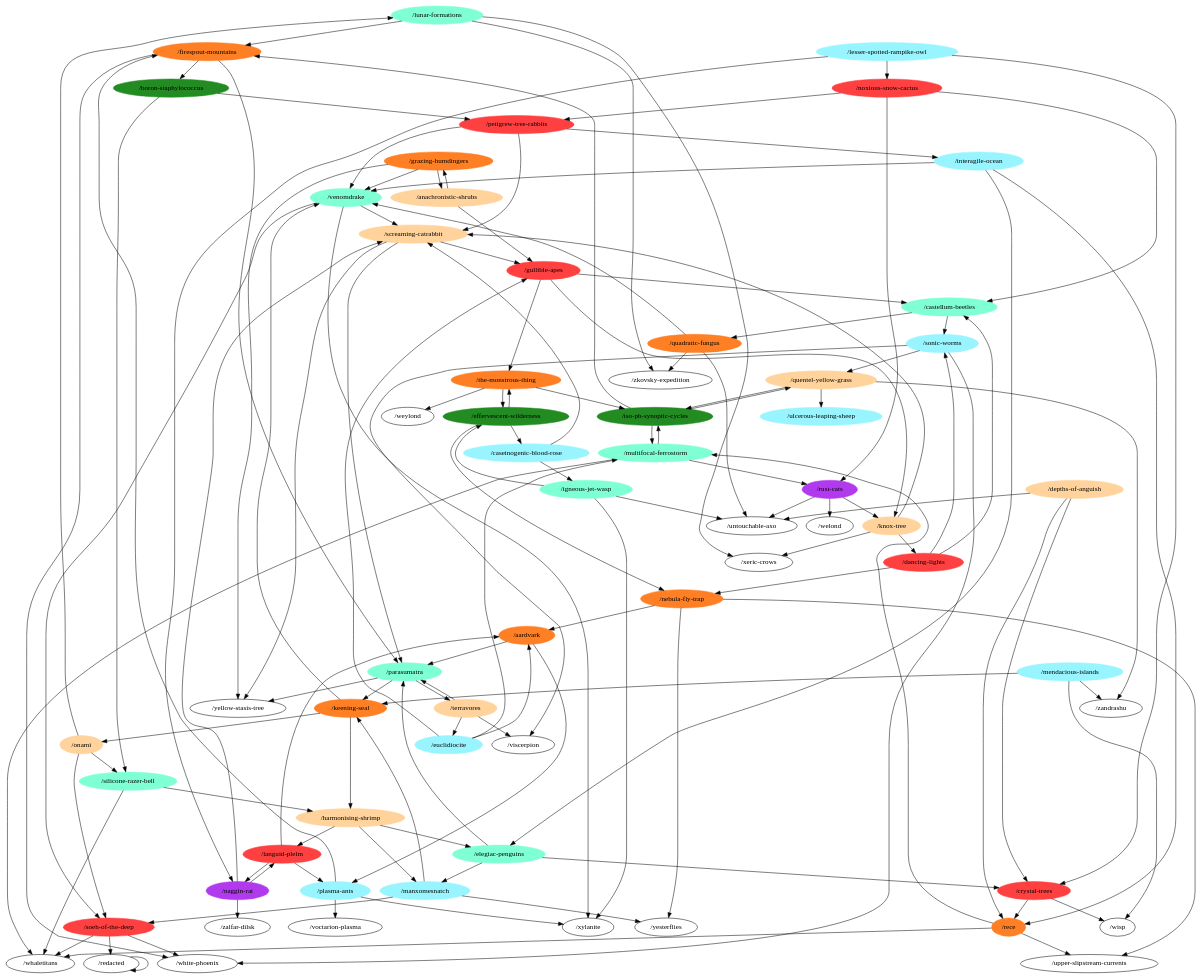
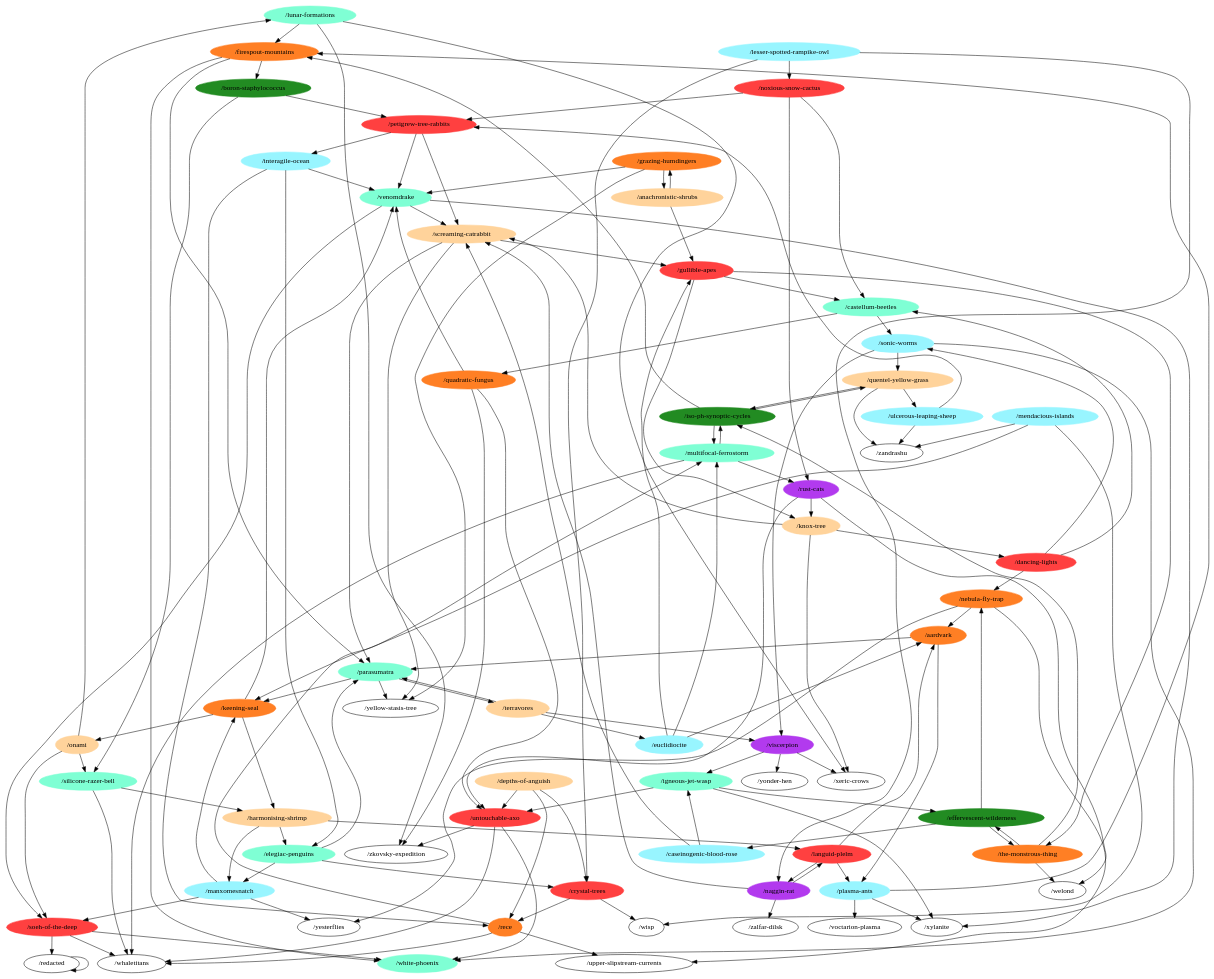
The diagram in general.dot (m-r-hunt/od117-walker), drawn with Graphviz before and after one commit. The commit also changed 3 other files, not shown here.

Commit message:
Update graphs.

```diff
--- a/general.dot
+++ b/general.dot
@@ -1,190 +1,198 @@
 digraph G {
 "/lunar-formations" [color=aquamarine,style=filled];
 "/naggin-rat" [color=darkorchid2,style=filled];
 "/iso-ph-synoptic-cycles" [color=forestgreen,style=filled];
 "/multifocal-ferrostorm" [color=aquamarine,style=filled];
 "/effervescent-wilderness" [color=forestgreen,style=filled];
 "/harmonising-shrimp" [color=burlywood1,style=filled];
 "/soeh-of-the-deep" [color=brown1,style=filled];
 "/boron-staphylococcus" [color=forestgreen,style=filled];
-"/untouchable-axo";
+"/untouchable-axo" [color=brown1,style=filled];
 "/castellum-beetles" [color=aquamarine,style=filled];
 "/upper-slipstream-currents";
 "/firespout-mountains" [color=chocolate1,style=filled];
 "/xeric-crows";
 "/zalfar-dilsk";
 "/nebula-fly-trap" [color=chocolate1,style=filled];
 "/igneous-jet-wasp" [color=aquamarine,style=filled];
 "/lesser-spotted-rampike-owl" [color=cadetblue1,style=filled];
 "/wisp";
+"/yonder-hen";
 "/venomdrake" [color=aquamarine,style=filled];
 "/petigrew-tree-rabbits" [color=brown1,style=filled];
 "/welond";
-"/weylond";
 "/quentel-yellow-grass" [color=burlywood1,style=filled];
 "/noxious-snow-cactus" [color=brown1,style=filled];
 "/grazing-humdingers" [color=chocolate1,style=filled];
-"/viscerpion";
+"/viscerpion" [color=darkorchid2,style=filled];
 "/mendacious-islands" [color=cadetblue1,style=filled];
 "/zandrashu";
 "/dancing-lights" [color=brown1,style=filled];
 "/yesterflies";
 "/rece" [color=chocolate1,style=filled];
 "/languid-plelm" [color=brown1,style=filled];
 "/interagile-ocean" [color=cadetblue1,style=filled];
 "/ulcerous-leaping-sheep" [color=cadetblue1,style=filled];
 "/quadratic-fungus" [color=chocolate1,style=filled];
 "/rust-cats" [color=darkorchid2,style=filled];
 "/euclidiocite" [color=cadetblue1,style=filled];
 "/sonic-worms" [color=cadetblue1,style=filled];
 "/crystal-trees" [color=brown1,style=filled];
 "/yellow-stasis-tree";
 "/silicone-razer-bell" [color=aquamarine,style=filled];
 "/depths-of-anguish" [color=burlywood1,style=filled];
 "/whaletitans";
 "/elegiac-penguins" [color=aquamarine,style=filled];
 "/the-monstrous-thing" [color=chocolate1,style=filled];
 "/onami" [color=burlywood1,style=filled];
 "/gullible-apes" [color=brown1,style=filled];
 "/knox-tree" [color=burlywood1,style=filled];
 "/parasumatra" [color=aquamarine,style=filled];
-"/white-phoenix";
+"/white-phoenix" [color=aquamarine,style=filled];
 "/manxomesnatch" [color=cadetblue1,style=filled];
 "/redacted";
 "/plasma-ants" [color=cadetblue1,style=filled];
 "/anachronistic-shrubs" [color=burlywood1,style=filled];
 "/keening-seal" [color=chocolate1,style=filled];
 "/caseinogenic-blood-rose" [color=cadetblue1,style=filled];
 "/xylanite";
 "/voctarion-plasma";
 "/terravores" [color=burlywood1,style=filled];
 "/zkovsky-expedition";
 "/screaming-catrabbit" [color=burlywood1,style=filled];
 "/aardvark" [color=chocolate1,style=filled];
 "/lunar-formations" -> "/firespout-mountains";
 "/lunar-formations" -> "/xeric-crows";
 "/lunar-formations" -> "/zkovsky-expedition";
 "/naggin-rat" -> "/zalfar-dilsk";
 "/naggin-rat" -> "/languid-plelm";
 "/naggin-rat" -> "/screaming-catrabbit";
 "/iso-ph-synoptic-cycles" -> "/multifocal-ferrostorm";
 "/iso-ph-synoptic-cycles" -> "/firespout-mountains";
 "/iso-ph-synoptic-cycles" -> "/quentel-yellow-grass";
 "/multifocal-ferrostorm" -> "/iso-ph-synoptic-cycles";
 "/multifocal-ferrostorm" -> "/rust-cats";
 "/multifocal-ferrostorm" -> "/whaletitans";
 "/effervescent-wilderness" -> "/nebula-fly-trap";
 "/effervescent-wilderness" -> "/the-monstrous-thing";
 "/effervescent-wilderness" -> "/caseinogenic-blood-rose";
 "/harmonising-shrimp" -> "/languid-plelm";
 "/harmonising-shrimp" -> "/elegiac-penguins";
 "/harmonising-shrimp" -> "/manxomesnatch";
 "/soeh-of-the-deep" -> "/whaletitans";
 "/soeh-of-the-deep" -> "/white-phoenix";
 "/soeh-of-the-deep" -> "/redacted";
 "/boron-staphylococcus" -> "/petigrew-tree-rabbits";
 "/boron-staphylococcus" -> "/silicone-razer-bell";
+"/untouchable-axo" -> "/whaletitans";
+"/untouchable-axo" -> "/white-phoenix";
+"/untouchable-axo" -> "/zkovsky-expedition";
 "/castellum-beetles" -> "/quadratic-fungus";
 "/castellum-beetles" -> "/sonic-worms";
 "/firespout-mountains" -> "/boron-staphylococcus";
 "/firespout-mountains" -> "/parasumatra";
 "/firespout-mountains" -> "/white-phoenix";
 "/nebula-fly-trap" -> "/upper-slipstream-currents";
 "/nebula-fly-trap" -> "/yesterflies";
 "/nebula-fly-trap" -> "/aardvark";
 "/igneous-jet-wasp" -> "/effervescent-wilderness";
 "/igneous-jet-wasp" -> "/untouchable-axo";
 "/igneous-jet-wasp" -> "/xylanite";
 "/lesser-spotted-rampike-owl" -> "/naggin-rat";
 "/lesser-spotted-rampike-owl" -> "/noxious-snow-cactus";
 "/lesser-spotted-rampike-owl" -> "/crystal-trees";
 "/venomdrake" -> "/soeh-of-the-deep";
 "/venomdrake" -> "/xylanite";
 "/venomdrake" -> "/screaming-catrabbit";
 "/petigrew-tree-rabbits" -> "/venomdrake";
 "/petigrew-tree-rabbits" -> "/interagile-ocean";
 "/petigrew-tree-rabbits" -> "/screaming-catrabbit";
 "/quentel-yellow-grass" -> "/iso-ph-synoptic-cycles";
 "/quentel-yellow-grass" -> "/zandrashu";
 "/quentel-yellow-grass" -> "/ulcerous-leaping-sheep";
 "/noxious-snow-cactus" -> "/castellum-beetles";
 "/noxious-snow-cactus" -> "/petigrew-tree-rabbits";
 "/noxious-snow-cactus" -> "/rust-cats";
 "/grazing-humdingers" -> "/venomdrake";
 "/grazing-humdingers" -> "/yellow-stasis-tree";
 "/grazing-humdingers" -> "/anachronistic-shrubs";
+"/viscerpion" -> "/xeric-crows";
+"/viscerpion" -> "/igneous-jet-wasp";
+"/viscerpion" -> "/yonder-hen";
 "/mendacious-islands" -> "/wisp";
 "/mendacious-islands" -> "/zandrashu";
 "/mendacious-islands" -> "/keening-seal";
 "/dancing-lights" -> "/castellum-beetles";
 "/dancing-lights" -> "/nebula-fly-trap";
 "/dancing-lights" -> "/sonic-worms";
 "/rece" -> "/multifocal-ferrostorm";
 "/rece" -> "/upper-slipstream-currents";
 "/rece" -> "/whaletitans";
 "/languid-plelm" -> "/naggin-rat";
 "/languid-plelm" -> "/plasma-ants";
 "/languid-plelm" -> "/aardvark";
 "/interagile-ocean" -> "/venomdrake";
 "/interagile-ocean" -> "/rece";
 "/interagile-ocean" -> "/elegiac-penguins";
+"/ulcerous-leaping-sheep" -> "/petigrew-tree-rabbits";
+"/ulcerous-leaping-sheep" -> "/zandrashu";
 "/quadratic-fungus" -> "/untouchable-axo";
 "/quadratic-fungus" -> "/venomdrake";
 "/quadratic-fungus" -> "/zkovsky-expedition";
 "/rust-cats" -> "/untouchable-axo";
 "/rust-cats" -> "/welond";
 "/rust-cats" -> "/knox-tree";
 "/euclidiocite" -> "/multifocal-ferrostorm";
 "/euclidiocite" -> "/gullible-apes";
 "/euclidiocite" -> "/aardvark";
 "/sonic-worms" -> "/quentel-yellow-grass";
 "/sonic-worms" -> "/viscerpion";
 "/sonic-worms" -> "/white-phoenix";
 "/crystal-trees" -> "/wisp";
 "/crystal-trees" -> "/rece";
 "/silicone-razer-bell" -> "/harmonising-shrimp";
 "/silicone-razer-bell" -> "/whaletitans";
 "/depths-of-anguish" -> "/untouchable-axo";
 "/depths-of-anguish" -> "/rece";
 "/depths-of-anguish" -> "/crystal-trees";
 "/elegiac-penguins" -> "/crystal-trees";
 "/elegiac-penguins" -> "/parasumatra";
 "/elegiac-penguins" -> "/manxomesnatch";
 "/the-monstrous-thing" -> "/iso-ph-synoptic-cycles";
 "/the-monstrous-thing" -> "/effervescent-wilderness";
-"/the-monstrous-thing" -> "/weylond";
+"/the-monstrous-thing" -> "/welond";
 "/onami" -> "/lunar-formations";
 "/onami" -> "/soeh-of-the-deep";
 "/onami" -> "/silicone-razer-bell";
 "/gullible-apes" -> "/castellum-beetles";
 "/gullible-apes" -> "/the-monstrous-thing";
 "/gullible-apes" -> "/knox-tree";
 "/knox-tree" -> "/xeric-crows";
 "/knox-tree" -> "/dancing-lights";
 "/knox-tree" -> "/screaming-catrabbit";
 "/parasumatra" -> "/yellow-stasis-tree";
 "/parasumatra" -> "/keening-seal";
 "/parasumatra" -> "/terravores";
 "/manxomesnatch" -> "/soeh-of-the-deep";
 "/manxomesnatch" -> "/yesterflies";
 "/manxomesnatch" -> "/keening-seal";
 "/redacted" -> "/redacted";
 "/plasma-ants" -> "/firespout-mountains";
 "/plasma-ants" -> "/xylanite";
 "/plasma-ants" -> "/voctarion-plasma";
 "/anachronistic-shrubs" -> "/grazing-humdingers";
 "/anachronistic-shrubs" -> "/gullible-apes";
 "/keening-seal" -> "/harmonising-shrimp";
 "/keening-seal" -> "/venomdrake";
 "/keening-seal" -> "/onami";
 "/caseinogenic-blood-rose" -> "/igneous-jet-wasp";
 "/caseinogenic-blood-rose" -> "/screaming-catrabbit";
 "/terravores" -> "/viscerpion";
 "/terravores" -> "/euclidiocite";
 "/terravores" -> "/parasumatra";
 "/screaming-catrabbit" -> "/yellow-stasis-tree";
 "/screaming-catrabbit" -> "/gullible-apes";
 "/screaming-catrabbit" -> "/parasumatra";
 "/aardvark" -> "/parasumatra";
 "/aardvark" -> "/plasma-ants";
 }
```
